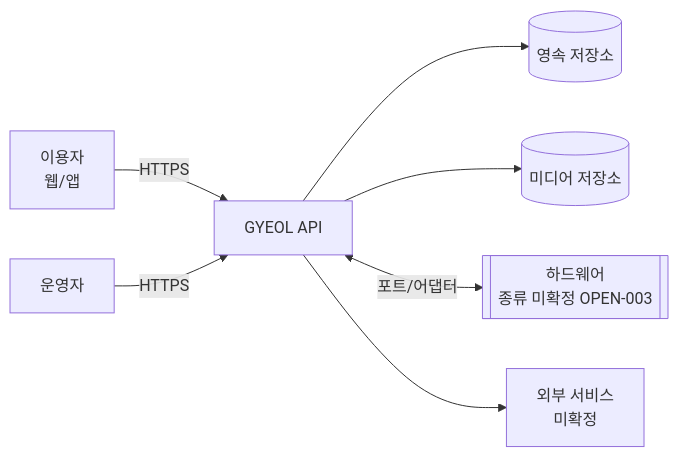
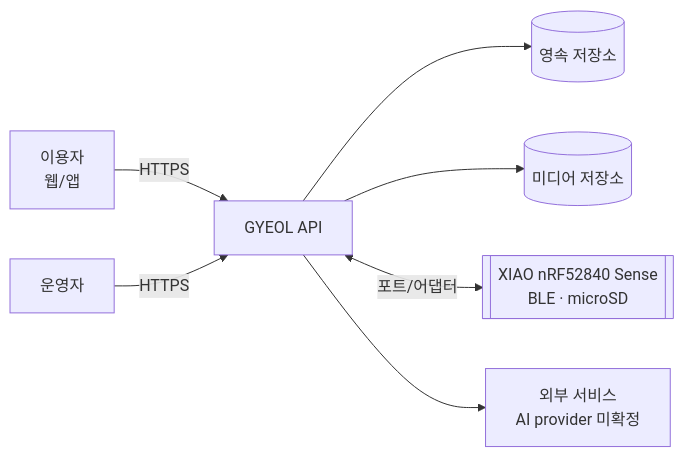
The first of 2 diagrams in docs/02-architecture.md (hyunu/gyeol), drawn with Mermaid before and after one commit. The commit also changed other lines of this file and 10 other files, not shown here.

````diff
--- a/docs/02-architecture.md
+++ b/docs/02-architecture.md
@@ -23,9 +23,9 @@
 ```mermaid
 flowchart LR
   user[이용자<br/>웹/앱] -->|HTTPS| api[GYEOL API]
   admin[운영자] -->|HTTPS| api
   api --> db[(영속 저장소)]
   api --> obj[(미디어 저장소)]
-  api <-->|포트/어댑터| hw[[하드웨어<br/>종류 미확정 OPEN-003]]
-  api --> ext[외부 서비스<br/>미확정]
+  api <-->|포트/어댑터| hw[[XIAO nRF52840 Sense<br/>BLE · microSD]]
+  api --> ext[외부 서비스<br/>AI provider 미확정]
 ```
````
